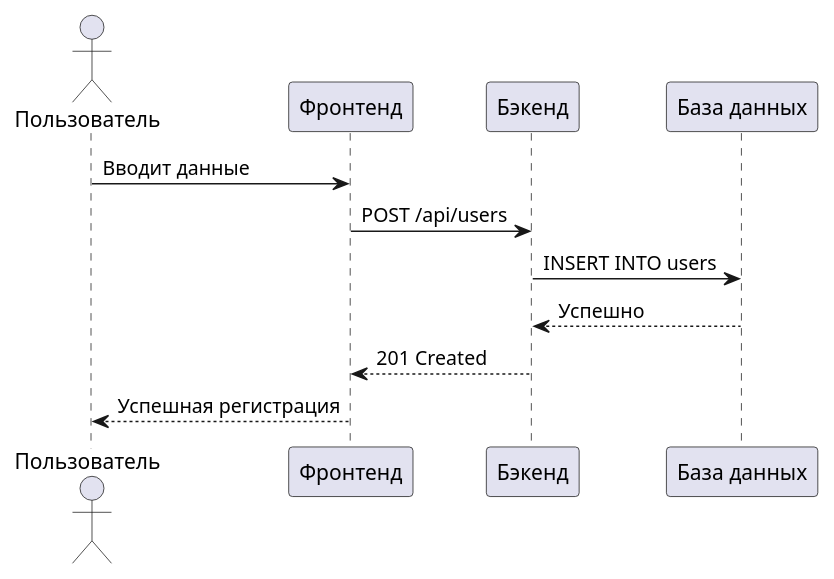
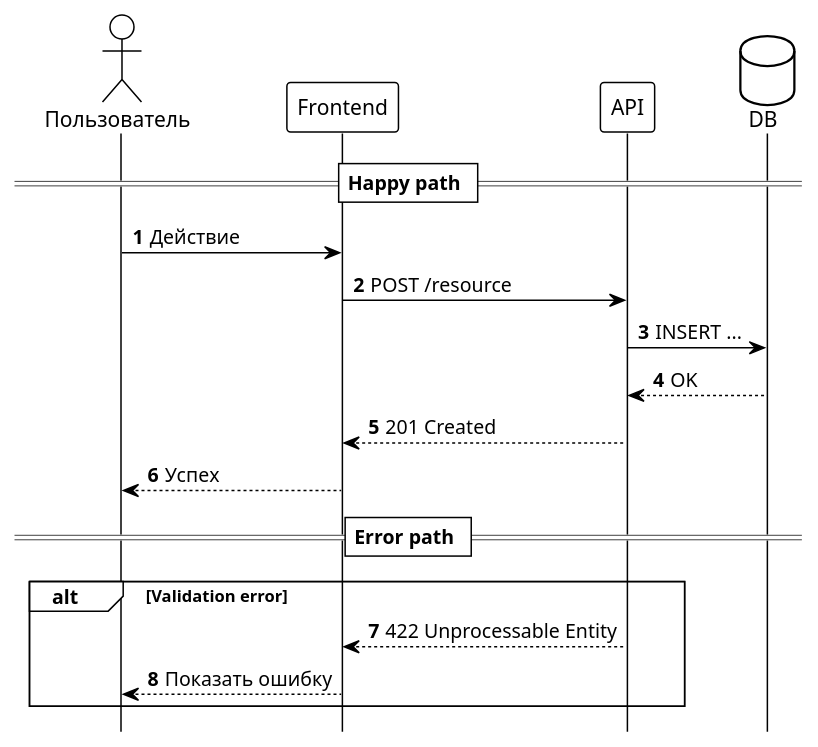
Before and after one commit to MikhailPrasolov/SA_docs: the diagram in Sequence Plant UML/README.md, drawn with PlantUML. The commit also changed other lines of this file and 5 other files, not shown here.

Commit message:
Обновить раздел Sequence Plant UML по актуальным регламентам

````diff
--- a/Sequence Plant UML/README.md
+++ b/Sequence Plant UML/README.md
@@ -36,15 +87,26 @@
 ```plantuml
-@startuml
-actor Пользователь
-participant "Фронтенд" as FE
-participant "Бэкенд" as BE
-participant "База данных" as DB
+@startuml Example
+!theme plain
+hide footbox
+autonumber
 
-Пользователь -> FE: Вводит данные
-FE -> BE: POST /api/users
-BE -> DB: INSERT INTO users
-DB --> BE: Успешно
-BE --> FE: 201 Created
-FE --> Пользователь: Успешная регистрация
+actor "Пользователь" as U
+participant "Frontend" as FE
+participant "API" as API
+database "DB" as DB
+
+== Happy path ==
+U -> FE : Действие
+FE -> API : POST /resource
+API -> DB : INSERT ...
+DB --> API : OK
+API --> FE : 201 Created
+FE --> U : Успех
+
+== Error path ==
+alt Validation error
+  API --> FE : 422 Unprocessable Entity
+  FE --> U : Показать ошибку
+end
 @enduml
 ```
````
